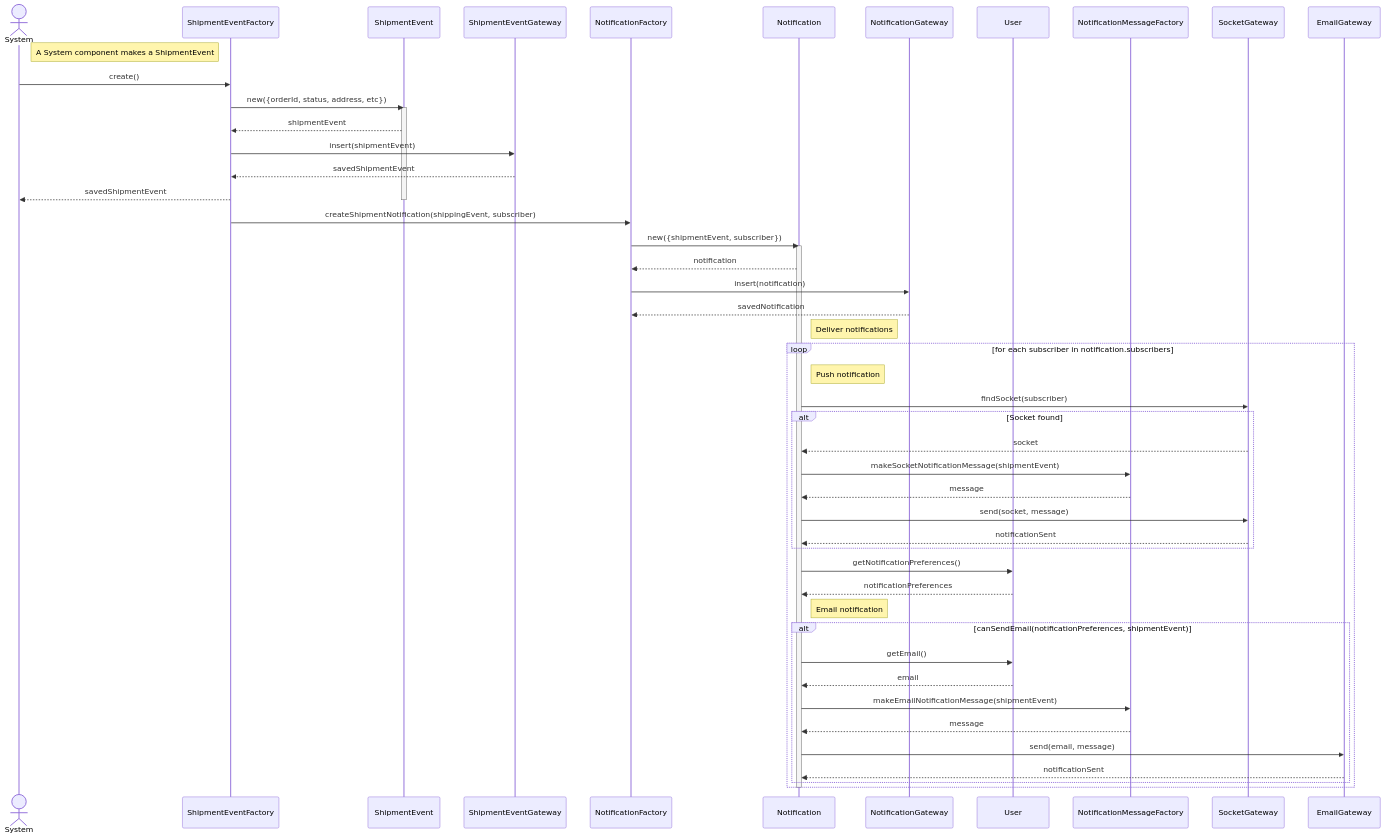
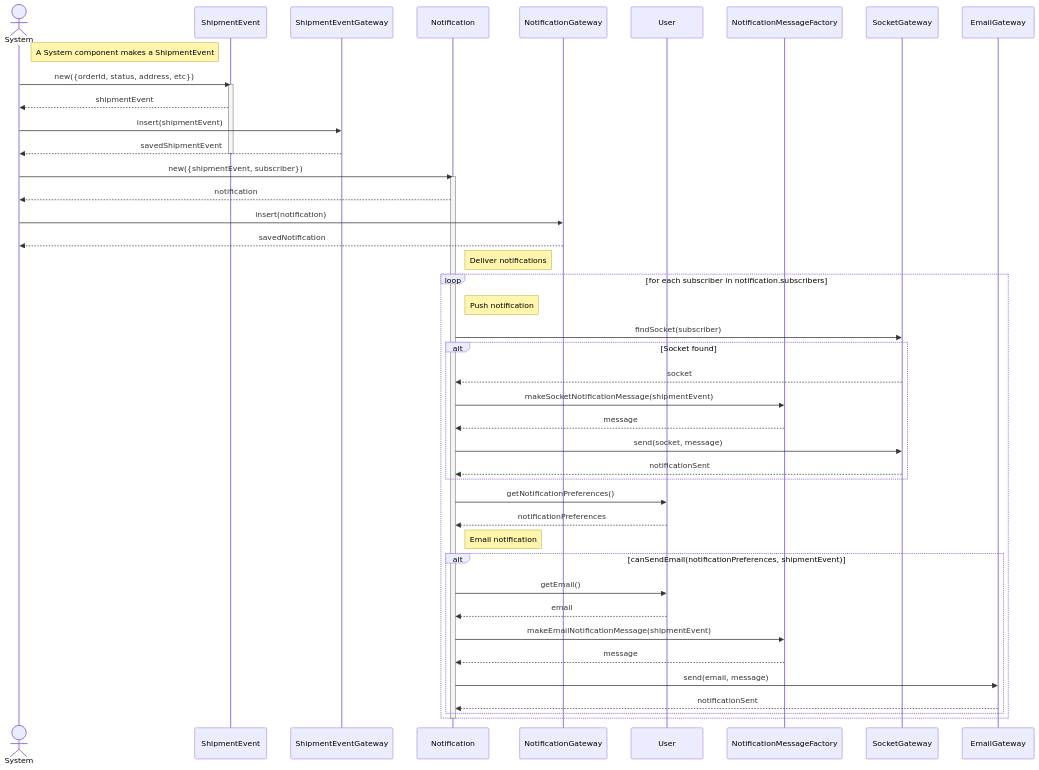
Diagram 17 of 32 in sequence.md (hivetown/planning), drawn with Mermaid before and after one commit. The commit also changed other lines of this file, not shown here.

````diff
--- a/sequence.md
+++ b/sequence.md
@@ -647,68 +637,62 @@
 ```mermaid
 sequenceDiagram
     actor S as System
-    participant SEF as ShipmentEventFactory
     participant SE as ShipmentEvent
     participant SEG as ShipmentEventGateway
-    participant NF as NotificationFactory
     participant N as Notification
     participant NFG as NotificationGateway
     %% TODO we need user
     participant U as User
     participant NMF as NotificationMessageFactory
     # SocketGateway is NOT a data table gateway. It is a facade to the socket server
     participant SG as SocketGateway
     participant EG as EmailGateway
 
     Note right of S: A System component makes a ShipmentEvent
-    S ->> SEF: create()
-    SEF ->> SE: new({orderId, status, address, etc})
+    S ->> SE: new({orderId, status, address, etc})
     activate SE
-    SE -->> SEF: shipmentEvent
+    SE -->> S: shipmentEvent
 
-    SEF ->> SEG: insert(shipmentEvent)
-    SEG -->> SEF: savedShipmentEvent
-    SEF -->> S: savedShipmentEvent
+    S ->> SEG: insert(shipmentEvent)
+    SEG -->> S: savedShipmentEvent
     deactivate SE
 
     # TODO confirmar que notificações são criadas doutras formas
-    SEF ->> NF: createShipmentNotification(shippingEvent, subscriber)
-
-    NF ->> N: new({shipmentEvent, subscriber})
+    S ->> N: new({shipmentEvent, subscriber})
 
     activate N
-    N -->> NF: notification
+    N -->> S: notification
     
-    NF ->> NFG: insert(notification)
-    NFG -->> NF: savedNotification
+    S ->> NFG: insert(notification)
+    NFG -->> S: savedNotification
     
     Note right of N: Deliver notifications
 
     loop for each subscriber in notification.subscribers
         Note right of N: Push notification
         N ->> SG: findSocket(subscriber)
         alt Socket found
             SG -->> N: socket
             N ->> NMF: makeSocketNotificationMessage(shipmentEvent) # entity, type, emitter, etc
             NMF -->> N: message
             N ->> SG: send(socket, message)
             SG -->> N: notificationSent
         end
 
         # TODO we will allow disabling types of notifications sent through email, so we must check we can send this type of notification
         N ->> U: getNotificationPreferences()
         U -->> N: notificationPreferences
 
         Note right of N: Email notification
         alt canSendEmail(notificationPreferences, shipmentEvent)
             N ->> U: getEmail()
             U -->> N: email
             N ->> NMF: makeEmailNotificationMessage(shipmentEvent)
             NMF -->> N: message
             N ->> EG: send(email, message)
             EG -->> N: notificationSent
         end
     end
 
     deactivate N
 ```
````
